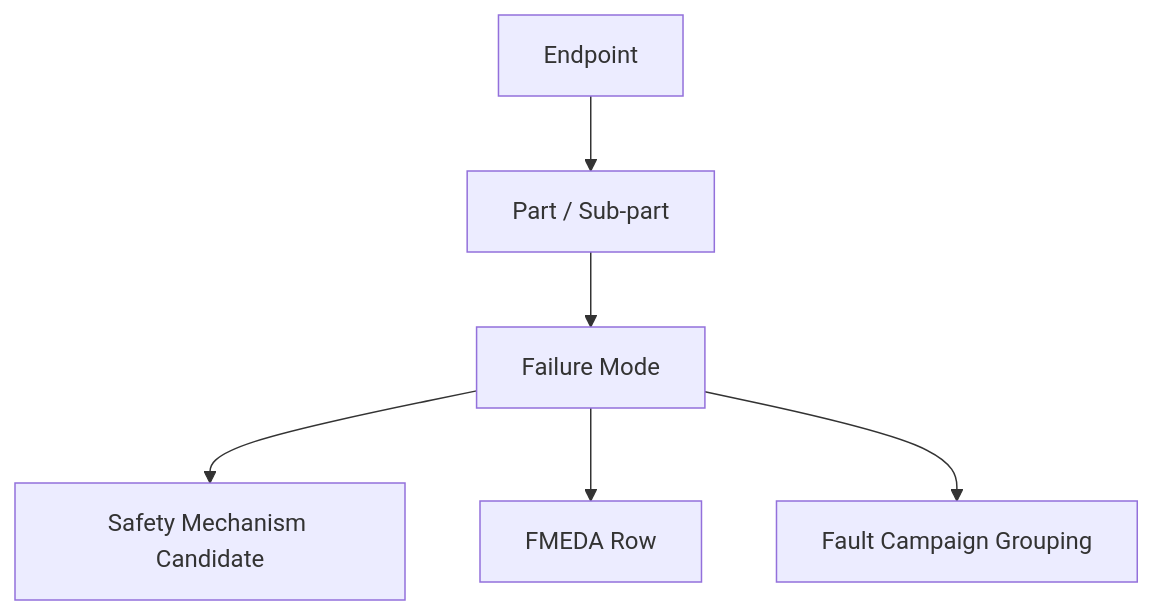
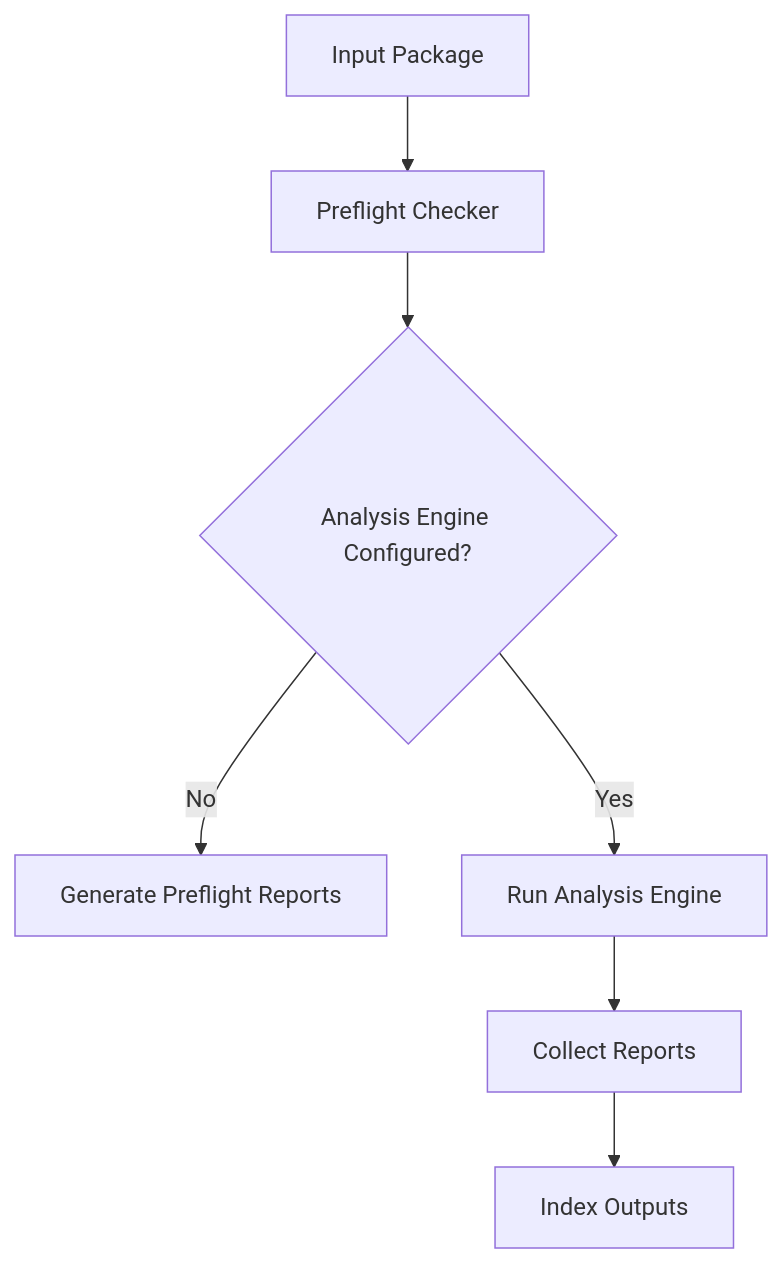
The second of 4 diagrams in articles/01_automotive_safeic_practice_d01_github_en_revised.md (qiqixixi1001/automotive-safeic-practice), drawn with Mermaid before and after one commit. The commit also changed other lines of this file, not shown here.

````diff
--- a/articles/01_automotive_safeic_practice_d01_github_en_revised.md
+++ b/articles/01_automotive_safeic_practice_d01_github_en_revised.md
@@ -461,8 +478,9 @@
 ```mermaid
 flowchart TD
-    A[Endpoint] --> B[Part / Sub-part]
-    B --> C[Failure Mode]
-    C --> D[Safety Mechanism Candidate]
-    C --> E[FMEDA Row]
-    C --> F[Fault Campaign Grouping]
+    A[Input Package] --> B[Preflight Checker]
+    B --> C{Analysis Engine Configured?}
+    C -- No --> D[Generate Preflight Reports]
+    C -- Yes --> E[Run Analysis Engine]
+    E --> F[Collect Reports]
+    F --> G[Index Outputs]
 ```
````
